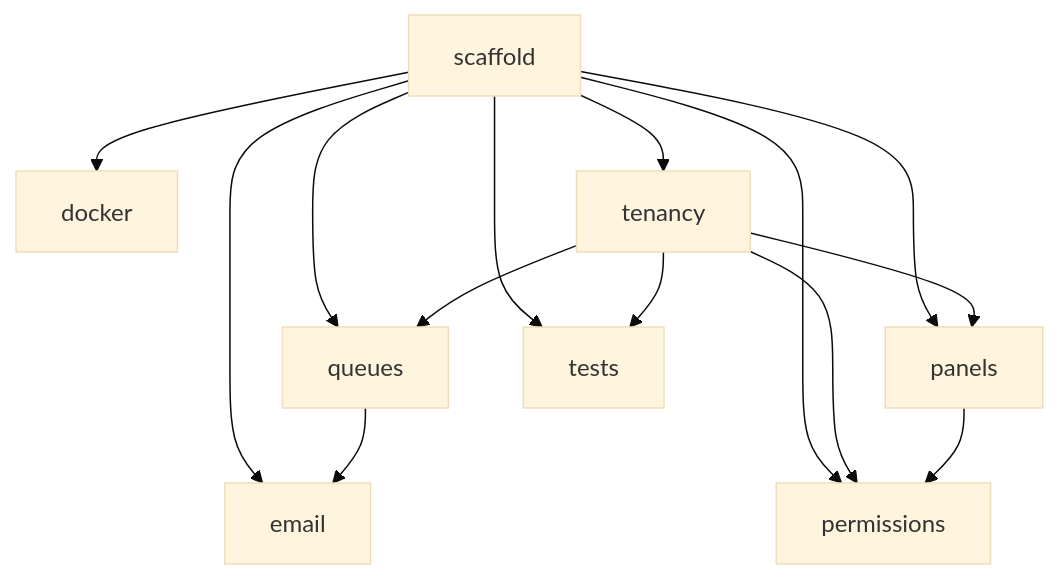
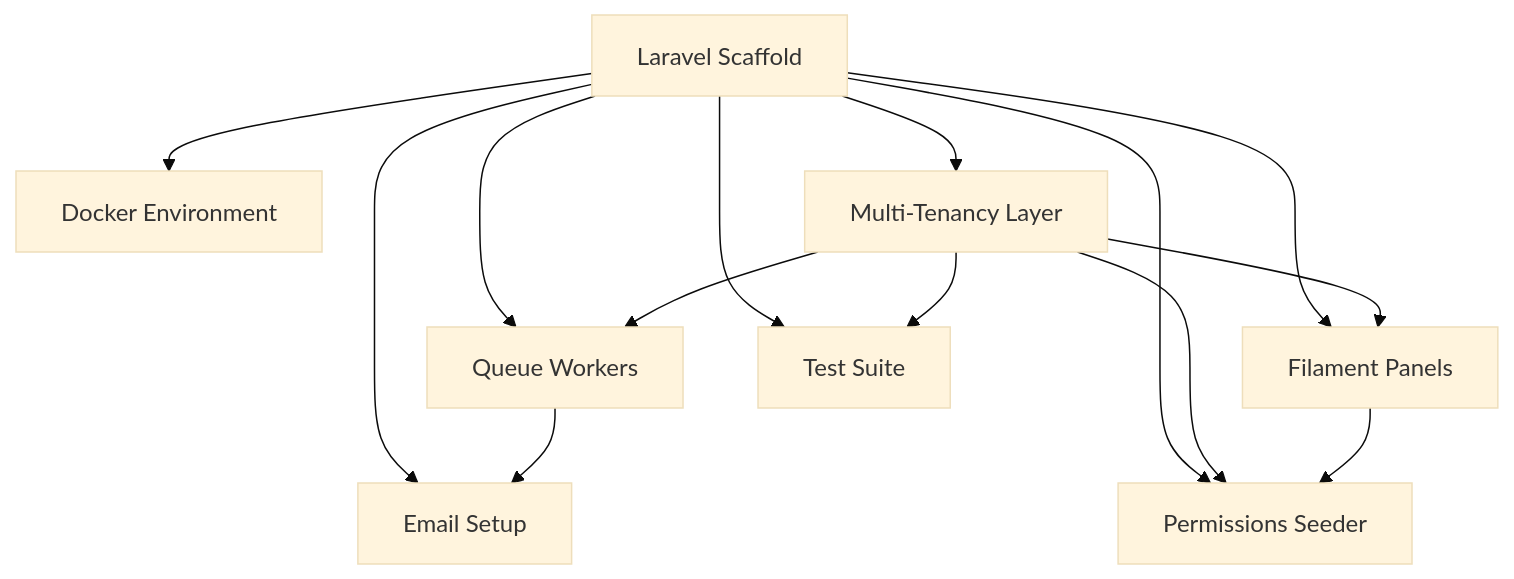
One commit to Max-Nijenkamp/FlowFlex changed the diagram in vault/domains/foundation/_index.md. Above: the diagram before and after it, drawn with Mermaid (base theme). The commit also changed other lines of this file and 2956 other files, not shown here.

````diff
--- a/vault/domains/foundation/_index.md
+++ b/vault/domains/foundation/_index.md
@@ -35,16 +30,16 @@
 ```mermaid
 graph TD
-    scaffold --> docker
-    scaffold --> tenancy
-    scaffold --> queues
+    scaffold[Laravel Scaffold] --> docker[Docker Environment]
+    scaffold --> tenancy[Multi-Tenancy Layer]
+    scaffold --> queues[Queue Workers]
     tenancy --> queues
-    scaffold --> email
+    scaffold --> email[Email Setup]
     queues --> email
-    scaffold --> panels
+    scaffold --> panels[Filament Panels]
     tenancy --> panels
-    scaffold --> permissions
+    scaffold --> permissions[Permissions Seeder]
     tenancy --> permissions
     panels --> permissions
-    scaffold --> tests
+    scaffold --> tests[Test Suite]
     tenancy --> tests
 ```
````
